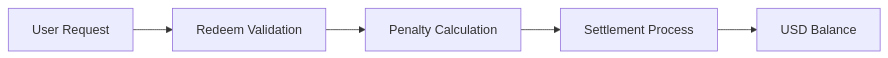
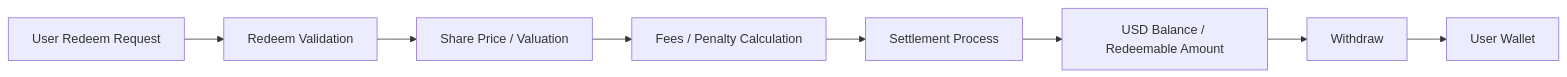
One commit to FOPEN2010/docs changed the diagram in product/redemption.mdx. Above: the diagram before and after it, drawn with Mermaid. The commit also changed other lines of this file and 4 other files, not shown here.

````diff
--- a/product/redemption.mdx
+++ b/product/redemption.mdx
@@ -19,7 +27,10 @@
 ```mermaid
 flowchart LR
-    A[User Request] --> B[Redeem Validation]
-    B --> C[Penalty Calculation]
-    C --> D[Settlement Process]
-    D --> E[USD Balance]
+    A[User Redeem Request] --> B[Redeem Validation]
+    B --> C[Share Price / Valuation]
+    C --> D[Fees / Penalty Calculation]
+    D --> E[Settlement Process]
+    E --> F[USD Balance / Redeemable Amount]
+    F --> G[Withdraw]
+    G --> H[User Wallet]
 ```
````
